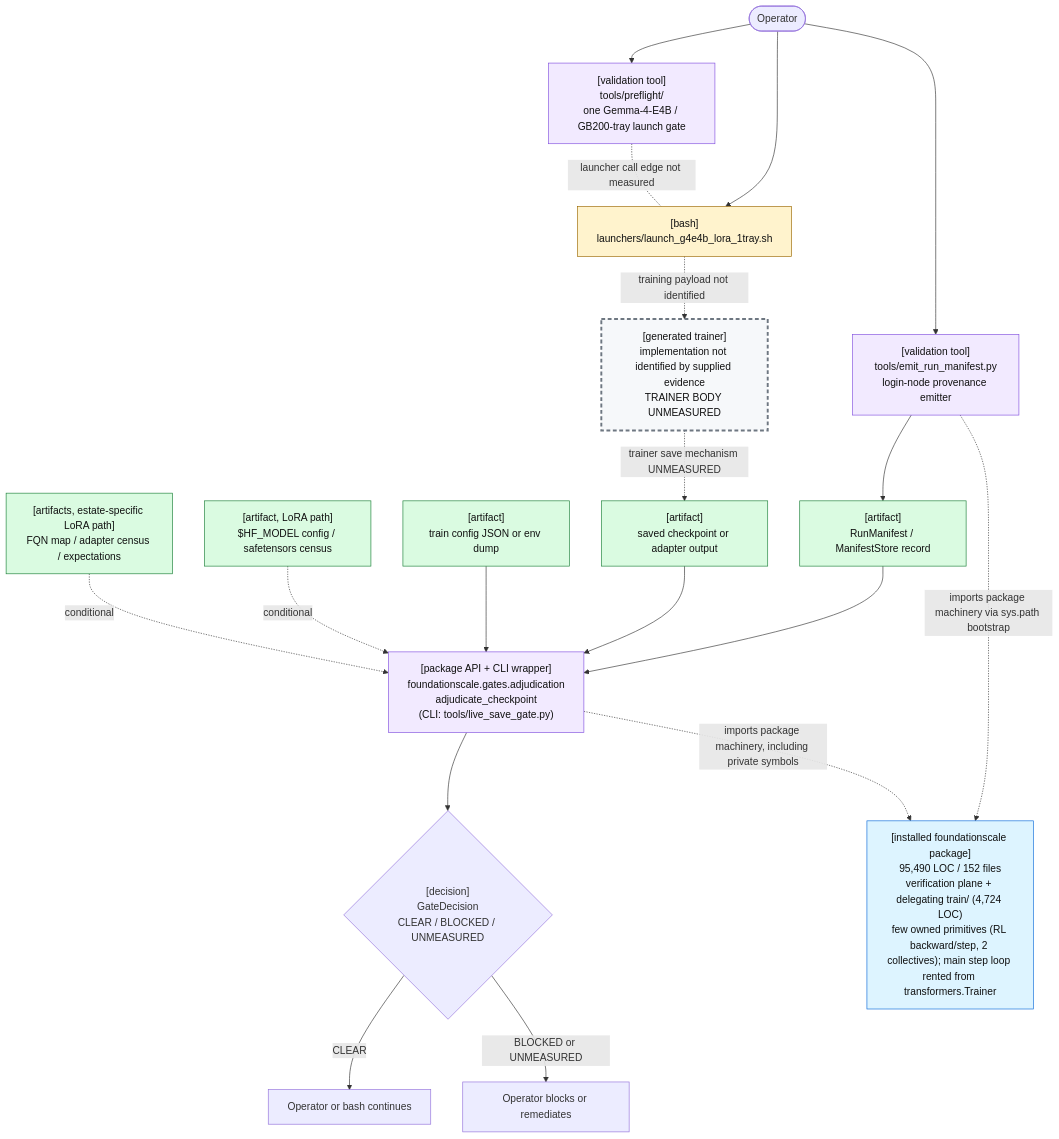
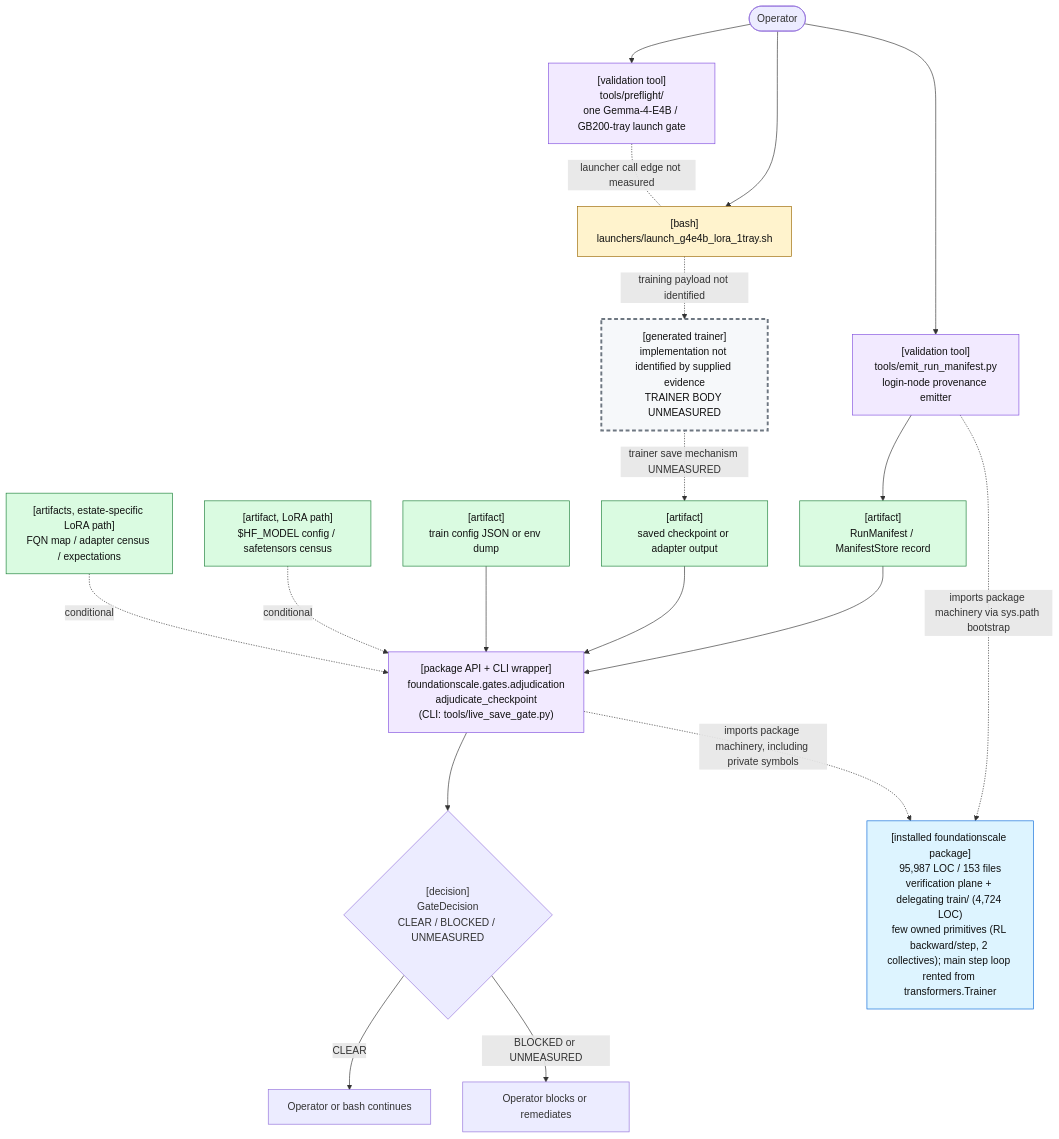
Before and after one commit to TranNhiem/FoundationScale: the first of 2 diagrams in docs/review/D2_current_architecture.md, drawn with Mermaid. The commit also changed other lines of this file and 14 other files, not shown here.

````diff
--- a/docs/review/D2_current_architecture.md
+++ b/docs/review/D2_current_architecture.md
@@ -25,59 +25,59 @@
 ```mermaid
 flowchart TB
   O(["Operator"])
 
   PF["[validation tool]<br/>tools/preflight/<br/>one Gemma-4-E4B / GB200-tray launch gate"]
   L["[bash]<br/>launchers/launch_g4e4b_lora_1tray.sh"]
 
   E["[validation tool]<br/>tools/emit_run_manifest.py<br/>login-node provenance emitter"]
   M["[artifact]<br/>RunManifest / ManifestStore record"]
 
   T["[generated trainer]<br/>implementation not identified by supplied evidence<br/>TRAINER BODY UNMEASURED"]
   C["[artifact]<br/>saved checkpoint or adapter output"]
 
   G["[package API + CLI wrapper]<br/>foundationscale.gates.adjudication<br/>adjudicate_checkpoint<br/>(CLI: tools/live_save_gate.py)"]
   CFG["[artifact]<br/>train config JSON or env dump"]
   BASE["[artifact, LoRA path]<br/>$HF_MODEL config / safetensors census"]
   CEN["[artifacts, estate-specific LoRA path]<br/>FQN map / adapter census / expectations"]
 
   D{"[decision]<br/>GateDecision<br/>CLEAR / BLOCKED / UNMEASURED"}
   OK["Operator or bash continues"]
   NO["Operator blocks or remediates"]
 
-  PKG["[installed foundationscale package]<br/>95,490 LOC / 152 files<br/>verification plane + delegating train/ (4,724 LOC)<br/>few owned primitives (RL backward/step, 2 collectives); main step loop rented from transformers.Trainer"]
+  PKG["[installed foundationscale package]<br/>95,987 LOC / 153 files<br/>verification plane + delegating train/ (4,724 LOC)<br/>few owned primitives (RL backward/step, 2 collectives); main step loop rented from transformers.Trainer"]
 
   O --> PF
   O --> L
   PF -. "launcher call edge not measured" .- L
 
   O --> E
   E --> M
 
   L -. "training payload not identified" .-> T
   T -. "trainer save mechanism UNMEASURED" .-> C
 
   M --> G
   C --> G
   CFG --> G
   BASE -. "conditional" .-> G
   CEN -. "conditional" .-> G
 
   E -. "imports package machinery via sys.path bootstrap" .-> PKG
   G -. "imports package machinery, including private symbols" .-> PKG
 
   G --> D
   D -->|"CLEAR"| OK
   D -->|"BLOCKED or UNMEASURED"| NO
 
   classDef bash fill:#fff3cd,stroke:#9a6700,color:#111;
   classDef tool fill:#f2eaff,stroke:#8250df,color:#111;
   classDef artifact fill:#dafbe1,stroke:#1a7f37,color:#111;
   classDef gap fill:#f6f8fa,stroke:#6e7781,stroke-width:3px,stroke-dasharray: 6 4,color:#111;
   classDef pkg fill:#ddf4ff,stroke:#0969da,color:#111;
 
   class L bash;
   class PF,E,G tool;
   class M,C,CFG,BASE,CEN artifact;
   class T gap;
   class PKG pkg;
 ```
````
